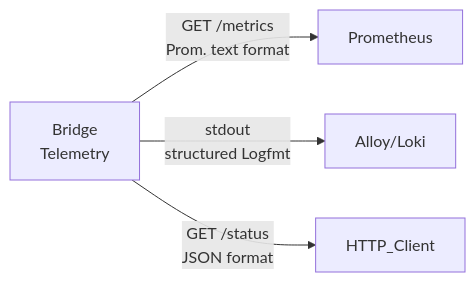
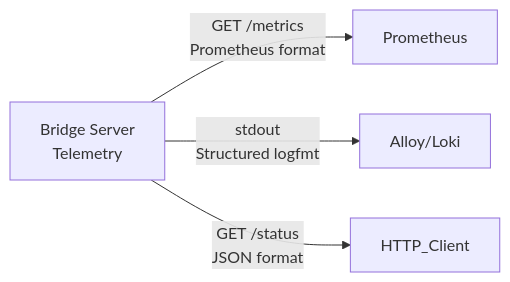
One commit to ndrean/PG-CDC-NATS-BRIDGE changed the second of 2 diagrams in README.md. Above: the diagram before and after it, drawn with Mermaid. The commit also changed other lines of this file and 3 other files, not shown here.

````diff
--- a/README.md
+++ b/README.md
@@ -569,6 +673,6 @@
 ```mermaid
-flowchart LR    
-    B[Bridge <br>Telemetry] -->|GET /metrics <br> Prom. text format | Prometheus
-    B[Bridge <br>Telemetry] -->|stdout<br> structured Logfmt| Alloy/Loki
-    B[Bridge <br>Telemetry] -->|GET /status <br> JSON format| HTTP_Client
+flowchart LR
+    B[Bridge Server<br/>Telemetry] -->|GET /metrics<br/>Prometheus format| Prometheus
+    B -->|stdout<br/>Structured logfmt| Alloy/Loki
+    B -->|GET /status<br/>JSON format| HTTP_Client
 ```
````
